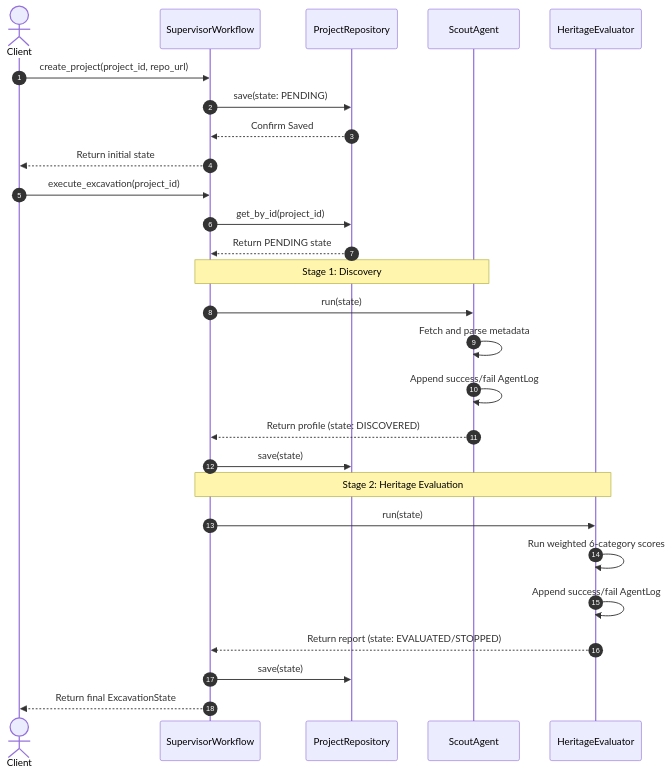
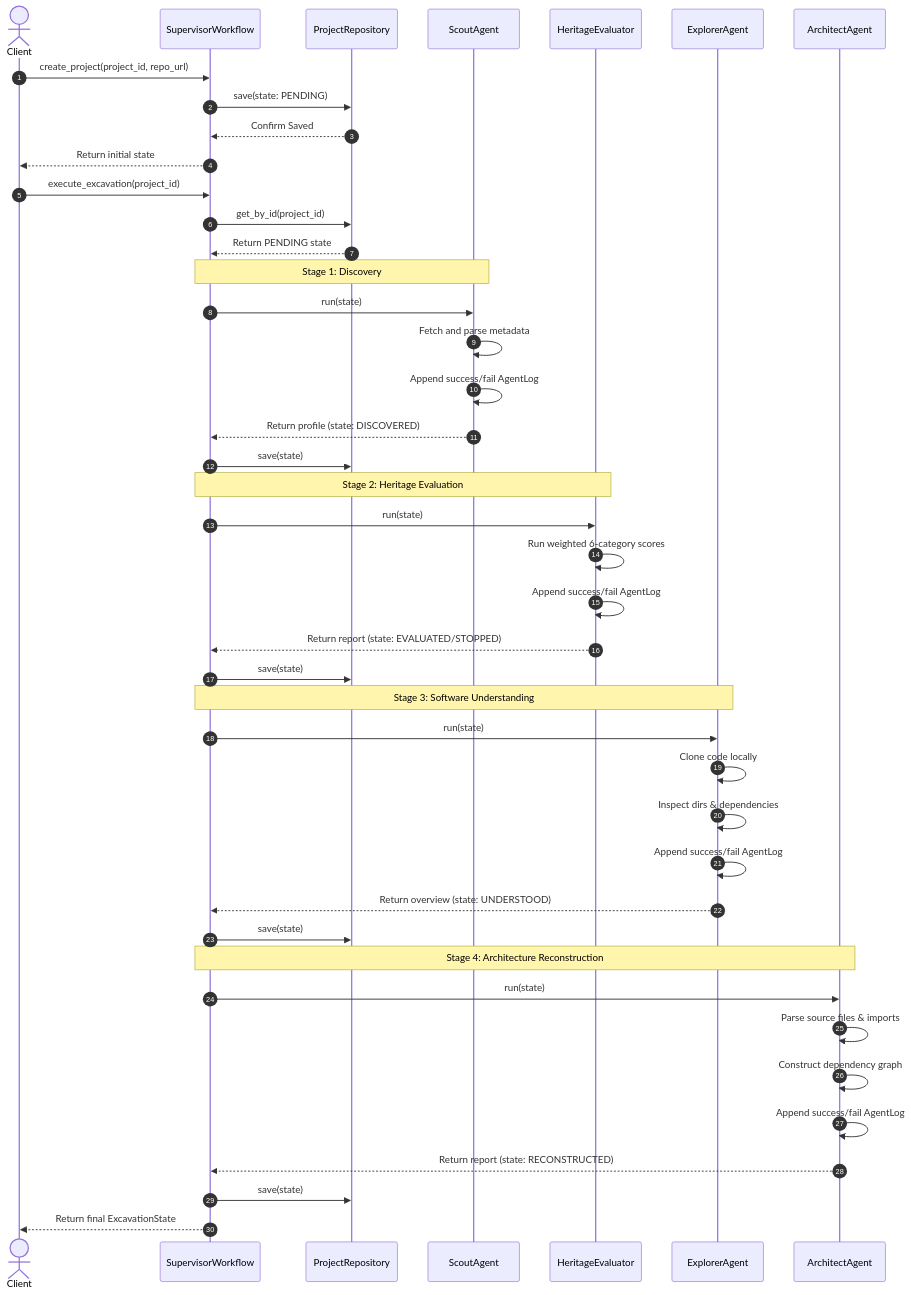
Before and after one commit to RamSaiDeep/ReForge: the eighth of 9 diagrams in .agents/architecture.md, drawn with Mermaid. The commit also changed other lines of this file and 15 other files, not shown here.

Commit message:
feat: implement FastAPI server, REST routes, unit tests, and API documentation flowcharts

````diff
--- a/.agents/architecture.md
+++ b/.agents/architecture.md
@@ -203,34 +263,52 @@
 ```mermaid
 sequenceDiagram
     autonumber
     actor Client
     participant Supervisor as SupervisorWorkflow
     participant DB as ProjectRepository
     participant Scout as ScoutAgent
     participant Heritage as HeritageEvaluator
+    participant Explorer as ExplorerAgent
+    participant Architect as ArchitectAgent
 
     Client->>Supervisor: create_project(project_id, repo_url)
     Supervisor->>DB: save(state: PENDING)
     DB-->>Supervisor: Confirm Saved
     Supervisor-->>Client: Return initial state
 
     Client->>Supervisor: execute_excavation(project_id)
     Supervisor->>DB: get_by_id(project_id)
     DB-->>Supervisor: Return PENDING state
     
     Note over Supervisor,Scout: Stage 1: Discovery
     Supervisor->>Scout: run(state)
     Scout->>Scout: Fetch and parse metadata
     Scout->>Scout: Append success/fail AgentLog
     Scout-->>Supervisor: Return profile (state: DISCOVERED)
     Supervisor->>DB: save(state)
     
     Note over Supervisor,Heritage: Stage 2: Heritage Evaluation
     Supervisor->>Heritage: run(state)
     Heritage->>Heritage: Run weighted 6-category scores
     Heritage->>Heritage: Append success/fail AgentLog
     Heritage-->>Supervisor: Return report (state: EVALUATED/STOPPED)
     Supervisor->>DB: save(state)
+    
+    Note over Supervisor,Explorer: Stage 3: Software Understanding
+    Supervisor->>Explorer: run(state)
+    Explorer->>Explorer: Clone code locally
+    Explorer->>Explorer: Inspect dirs & dependencies
+    Explorer->>Explorer: Append success/fail AgentLog
+    Explorer-->>Supervisor: Return overview (state: UNDERSTOOD)
+    Supervisor->>DB: save(state)
+    
+    Note over Supervisor,Architect: Stage 4: Architecture Reconstruction
+    Supervisor->>Architect: run(state)
+    Architect->>Architect: Parse source files & imports
+    Architect->>Architect: Construct dependency graph
+    Architect->>Architect: Append success/fail AgentLog
+    Architect-->>Supervisor: Return report (state: RECONSTRUCTED)
+    Supervisor->>DB: save(state)
 
     Supervisor-->>Client: Return final ExcavationState
 ```
````
